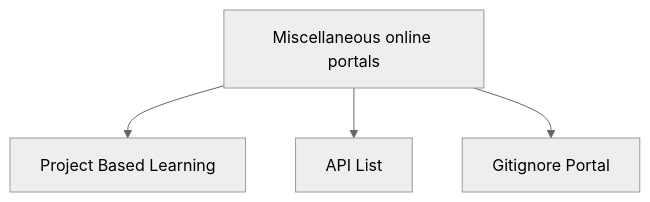
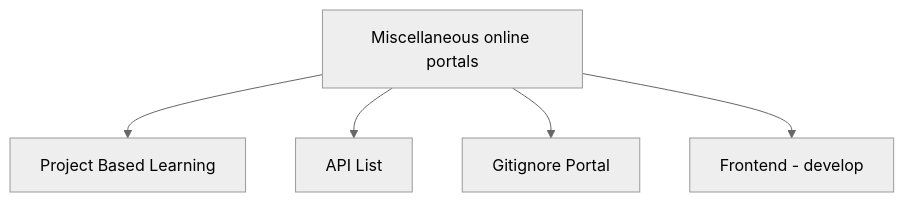
The third of 7 diagrams in README_en.md (Dvurechensky/Dvurechensky), drawn with Mermaid (neutral theme) before and after one commit. The commit also changed other lines of this file and 3 other files, not shown here.

````diff
--- a/README_en.md
+++ b/README_en.md
@@ -167,7 +167,8 @@
 ```mermaid
 graph TD
   C[Miscellaneous online portals]
   C --> R[Project Based Learning]
   C --> M[API List]
   C --> G[Gitignore Portal]
+  C --> L[Frontend - develop]
 ```
````
